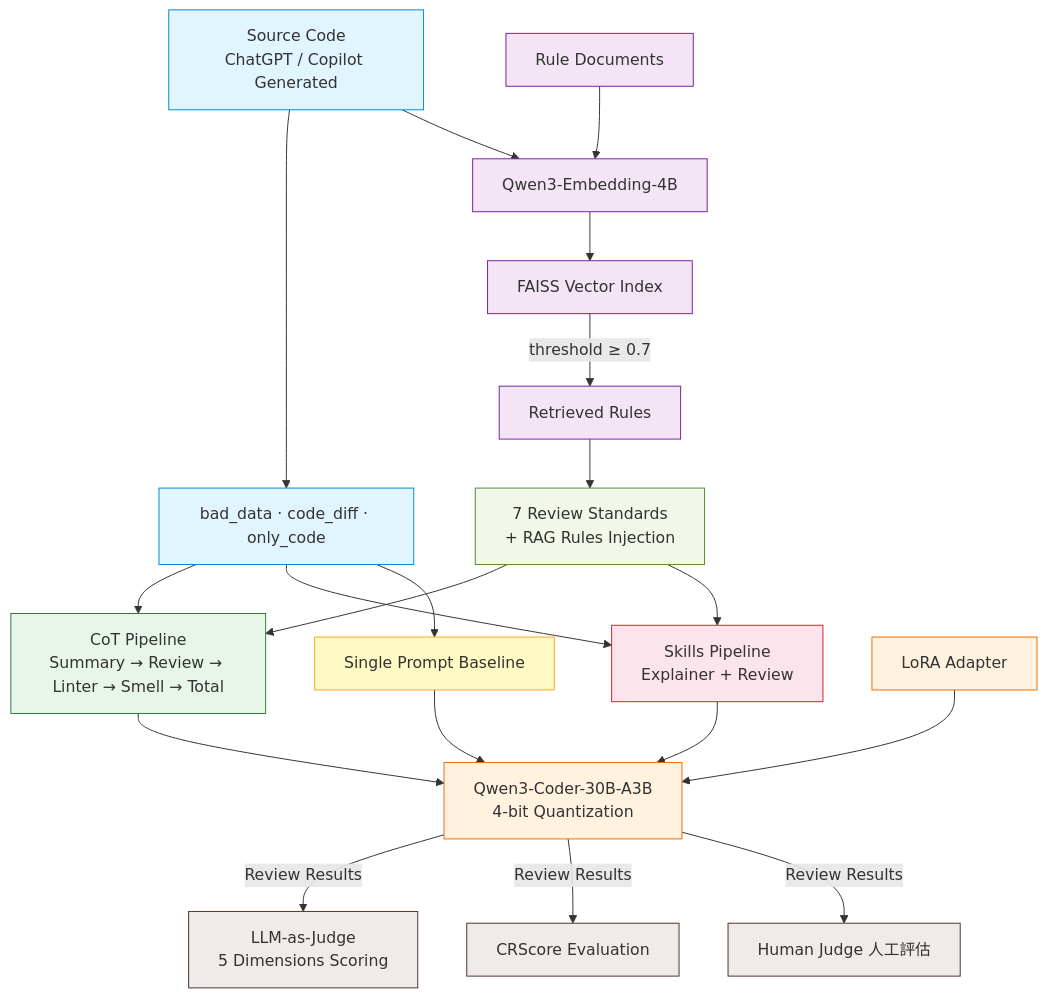
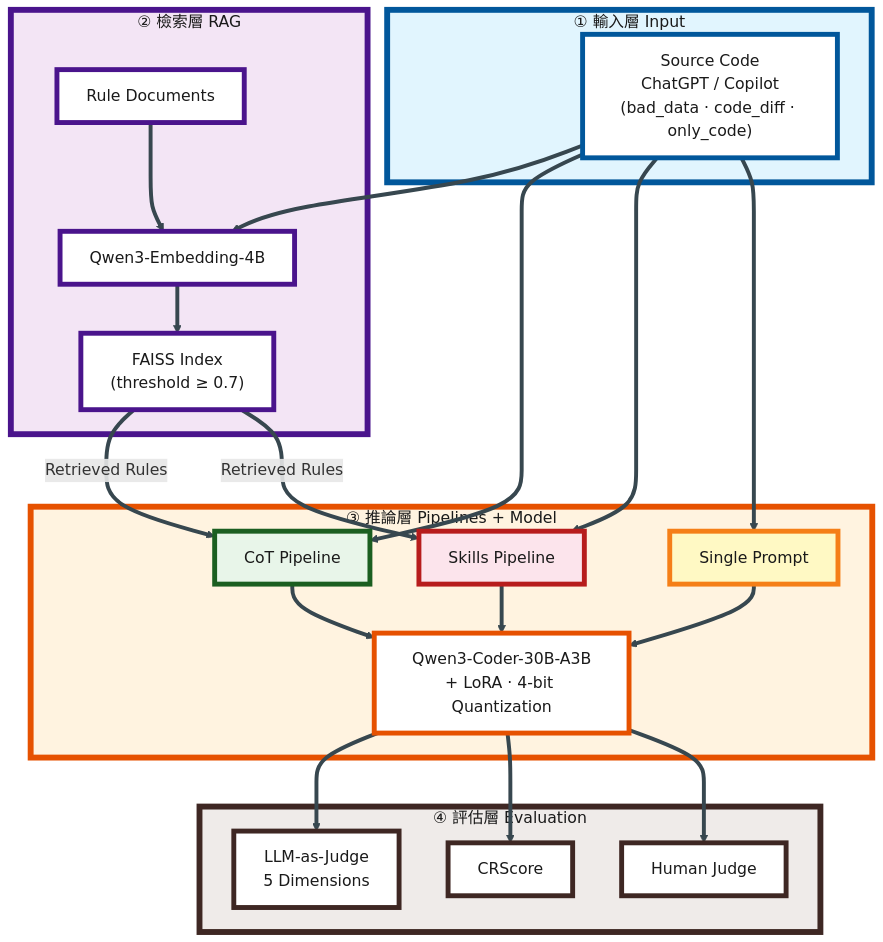
The first of 3 diagrams in architecture.md (JE-Chen/Code-Review-Framework-Combining-Large-Language-Models-and-Chain-of-Thought-Reasoning), drawn with Mermaid before and after one commit. The commit also changed other lines of this file and 6 other files, not shown here.

First line of the commit message:
docs: Refresh architecture, results summary, and slide build notes

````diff
--- a/architecture.md
+++ b/architecture.md
@@ -5,46 +5,59 @@
 ```mermaid
+%%{init: {'themeVariables': {'fontSize': '52px', 'fontFamily': 'Arial, "Microsoft JhengHei", sans-serif'}, 'flowchart': {'padding': 36, 'nodeSpacing': 100, 'rankSpacing': 120}}}%%
 graph TB
-    CODE["Source Code<br/>ChatGPT / Copilot Generated"]
-    DT["bad_data · code_diff · only_code"]
-    CODE --> DT
+    subgraph INPUT["① 輸入層 Input"]
+        CODE["Source Code<br/>ChatGPT / Copilot<br/>(bad_data · code_diff · only_code)"]
+    end
 
-    RAG_DATA["Rule Documents"] --> EMB["Qwen3-Embedding-4B"]
+    subgraph RAG["② 檢索層 RAG"]
+        RAG_DATA["Rule Documents"]
+        EMB["Qwen3-Embedding-4B"]
+        FAISS["FAISS Index<br/>(threshold ≥ 0.7)"]
+        RAG_DATA --> EMB --> FAISS
+    end
+
+    subgraph PIPE["③ 推論層 Pipelines + Model"]
+        COT["CoT Pipeline"]
+        SKILLS["Skills Pipeline"]
+        SINGLE["Single Prompt"]
+        QWEN["Qwen3-Coder-30B-A3B<br/>+ LoRA · 4-bit Quantization"]
+        COT --> QWEN
+        SKILLS --> QWEN
+        SINGLE --> QWEN
+    end
+
+    subgraph EVAL["④ 評估層 Evaluation"]
+        JUDGE["LLM-as-Judge<br/>5 Dimensions"]
+        CRSCORE["CRScore"]
+        HUMAN["Human Judge"]
+    end
+
     CODE --> EMB
-    EMB --> FAISS["FAISS Vector Index"]
-    FAISS -->|"threshold ≥ 0.7"| RULES["Retrieved Rules"]
+    CODE --> COT
+    CODE --> SKILLS
+    CODE --> SINGLE
+    FAISS -->|Retrieved Rules| COT
+    FAISS -->|Retrieved Rules| SKILLS
 
-    RULES --> GR["7 Review Standards<br/>+ RAG Rules Injection"]
+    QWEN --> JUDGE
+    QWEN --> CRSCORE
+    QWEN --> HUMAN
 
-    DT --> COT & SKILLS & SINGLE
-    GR --> COT & SKILLS
+    style INPUT fill:#e1f5fe,stroke:#01579b,stroke-width:6px,color:#1a1a1a
+    style RAG fill:#f3e5f5,stroke:#4a148c,stroke-width:6px,color:#1a1a1a
+    style PIPE fill:#fff3e0,stroke:#e65100,stroke-width:6px,color:#1a1a1a
+    style EVAL fill:#efebe9,stroke:#3e2723,stroke-width:6px,color:#1a1a1a
 
-    COT["CoT Pipeline<br/>Summary → Review → Linter → Smell → Total"]
-    SKILLS["Skills Pipeline<br/>Explainer + Review"]
-    SINGLE["Single Prompt Baseline"]
-
-    COT --> QWEN
-    SKILLS --> QWEN
-    SINGLE --> QWEN
-
-    LORA["LoRA Adapter"] --> QWEN["Qwen3-Coder-30B-A3B<br/>4-bit Quantization"]
-
-    QWEN -->|"Review Results"| JUDGE["LLM-as-Judge<br/>5 Dimensions Scoring"]
-    QWEN -->|"Review Results"| CRSCORE["CRScore Evaluation"]
-    QWEN -->|"Review Results"| HUMAN["Human Judge 人工評估"]
-
-    style CODE fill:#e1f5fe,stroke:#0288d1
-    style DT fill:#e1f5fe,stroke:#0288d1
-    style RAG_DATA fill:#f3e5f5,stroke:#7b1fa2
-    style EMB fill:#f3e5f5,stroke:#7b1fa2
-    style FAISS fill:#f3e5f5,stroke:#7b1fa2
-    style RULES fill:#f3e5f5,stroke:#7b1fa2
-    style GR fill:#f1f8e9,stroke:#558b2f
-    style COT fill:#e8f5e9,stroke:#2e7d32
-    style SKILLS fill:#fce4ec,stroke:#c62828
-    style SINGLE fill:#fff9c4,stroke:#f9a825
-    style LORA fill:#fff3e0,stroke:#ef6c00
-    style QWEN fill:#fff3e0,stroke:#ef6c00
-    style JUDGE fill:#efebe9,stroke:#4e342e
-    style CRSCORE fill:#efebe9,stroke:#4e342e
-    style HUMAN fill:#efebe9,stroke:#4e342e
+    style CODE fill:#ffffff,stroke:#01579b,stroke-width:5px,color:#1a1a1a
+    style RAG_DATA fill:#ffffff,stroke:#4a148c,stroke-width:5px,color:#1a1a1a
+    style EMB fill:#ffffff,stroke:#4a148c,stroke-width:5px,color:#1a1a1a
+    style FAISS fill:#ffffff,stroke:#4a148c,stroke-width:5px,color:#1a1a1a
+    style COT fill:#e8f5e9,stroke:#1b5e20,stroke-width:5px,color:#1a1a1a
+    style SKILLS fill:#fce4ec,stroke:#b71c1c,stroke-width:5px,color:#1a1a1a
+    style SINGLE fill:#fff9c4,stroke:#f57f17,stroke-width:5px,color:#1a1a1a
+    style QWEN fill:#ffffff,stroke:#e65100,stroke-width:5px,color:#1a1a1a
+    style JUDGE fill:#ffffff,stroke:#3e2723,stroke-width:5px,color:#1a1a1a
+    style CRSCORE fill:#ffffff,stroke:#3e2723,stroke-width:5px,color:#1a1a1a
+    style HUMAN fill:#ffffff,stroke:#3e2723,stroke-width:5px,color:#1a1a1a
+    linkStyle default stroke:#37474f,stroke-width:4px
 ```
````
